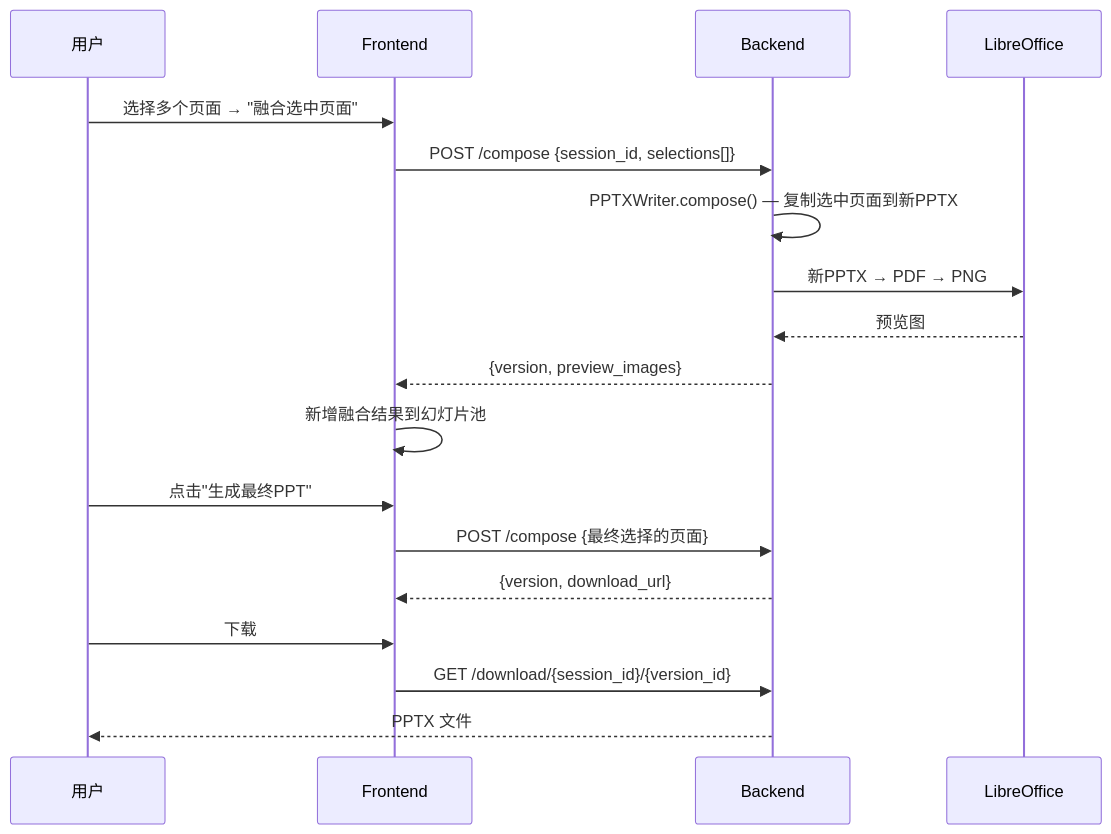
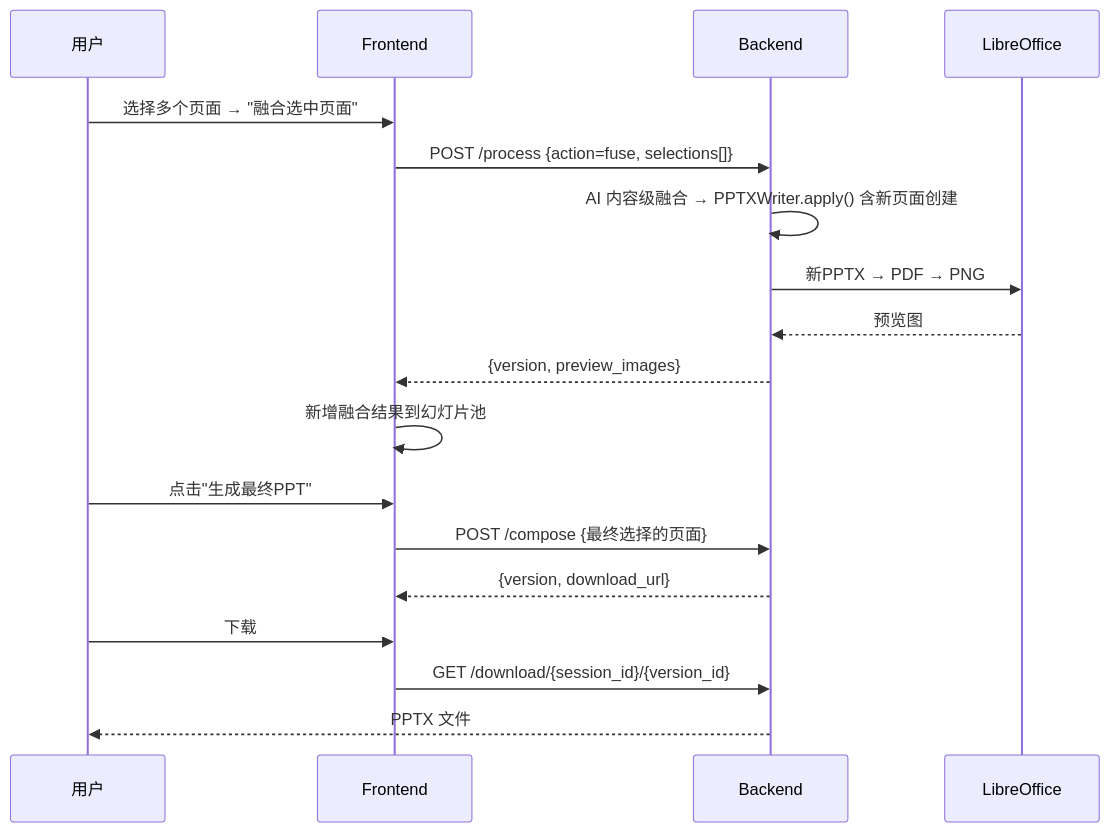
One commit to lk19940215/ai-teaching-ppt changed the third of 3 diagrams in PROJECT.md. Above: the diagram before and after it, drawn with Mermaid. The commit also changed other lines of this file and 34 other files, not shown here.

````diff
--- a/PROJECT.md
+++ b/PROJECT.md
@@ -69,22 +73,22 @@
 ```mermaid
 sequenceDiagram
     participant U as 用户
     participant FE as Frontend
     participant BE as Backend
     participant LO as LibreOffice
 
     U->>FE: 选择多个页面 → "融合选中页面"
-    FE->>BE: POST /compose {session_id, selections[]}
-    BE->>BE: PPTXWriter.compose() — 复制选中页面到新PPTX
+    FE->>BE: POST /process {action=fuse, selections[]}
+    BE->>BE: AI 内容级融合 → PPTXWriter.apply() 含新页面创建
     BE->>LO: 新PPTX → PDF → PNG
     LO-->>BE: 预览图
     BE-->>FE: {version, preview_images}
     FE->>FE: 新增融合结果到幻灯片池
 
     U->>FE: 点击"生成最终PPT"
     FE->>BE: POST /compose {最终选择的页面}
     BE-->>FE: {version, download_url}
     U->>FE: 下载
     FE->>BE: GET /download/{session_id}/{version_id}
     BE-->>U: PPTX 文件
 ```
````
